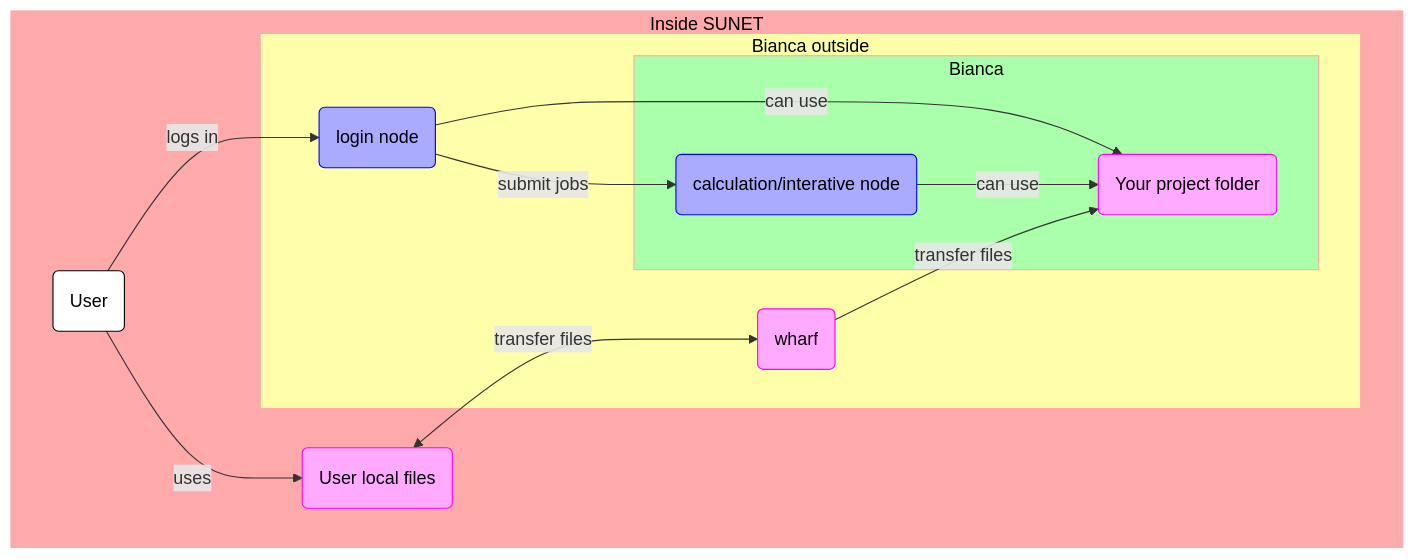
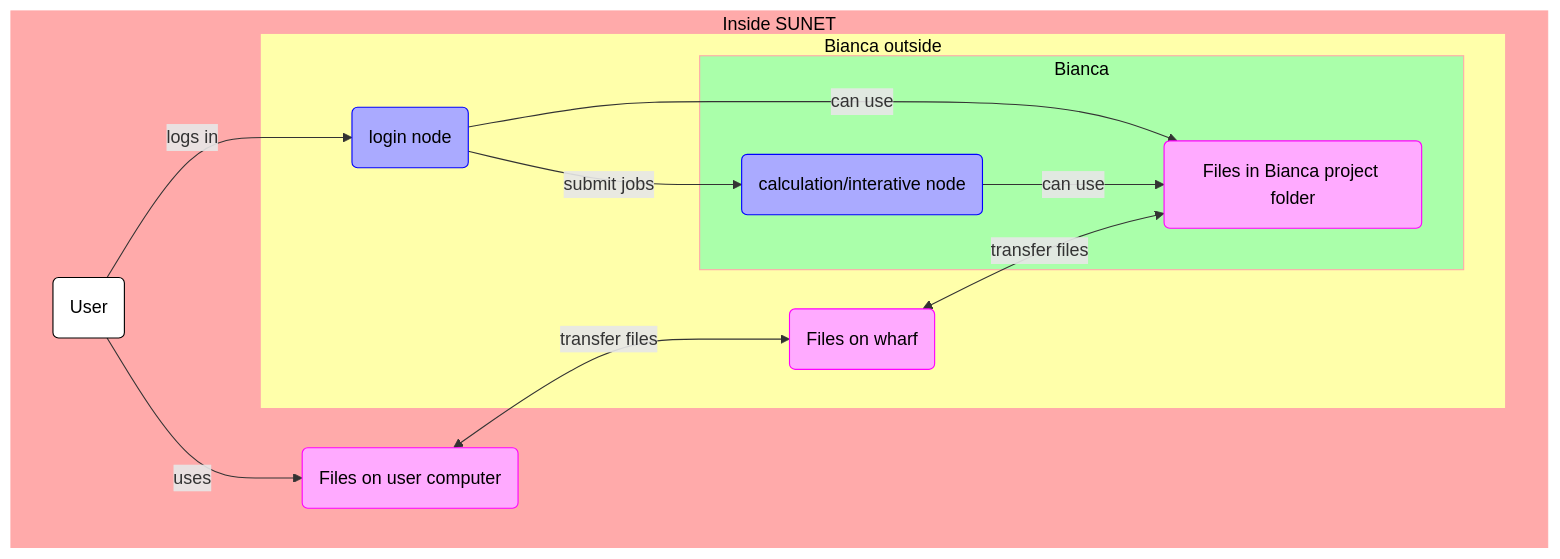
Before and after one commit to UPPMAX/bianca_workshop: the first of 2 diagrams in docs/file_transfer_using_gui.md, drawn with Mermaid. The commit also changed other lines of this file, not shown here.

Commit message:
Improved graph

````diff
--- a/docs/file_transfer_using_gui.md
+++ b/docs/file_transfer_using_gui.md
@@ -29,34 +29,34 @@
 ```mermaid
 flowchart TD
 
     %% Give a white background to all nodes, instead of a transparent one
     classDef node fill:#fff,color:#000,stroke:#000
 
     %% Graph nodes for files and calculations
     classDef file_node fill:#faf,color:#000,stroke:#f0f
     classDef calculation_node fill:#aaf,color:#000,stroke:#00f
 
     subgraph sunet[Inside SUNET]
       subgraph bianca_outside[Bianca outside]
         login_node(login node):::calculation_node
-        wharf(wharf):::file_node
+        files_on_wharf(Files on wharf):::file_node
         subgraph bianca_inside[Bianca]
           calculation_node(calculation/interative node):::calculation_node
-          your_project_folder(Your project folder):::file_node
+          files_in_bianca_project(Files in Bianca project folder):::file_node
         end
       end
       user(User)
-      user_local_files(User local files):::file_node
+      user_local_files(Files on user computer):::file_node
     end
     style bianca_inside fill:#afa,color:#000,stroke:#faa
     style bianca_outside fill:#ffa,color:#000,stroke:#faa
     style sunet fill:#faa,color:#000,stroke:#faa
 
     user --> |logs in |login_node
     user --> |uses| user_local_files
-    user_local_files <--> |transfer files|wharf
+    user_local_files <--> |transfer files|files_on_wharf
     login_node --> |submit jobs|calculation_node
-    login_node --> |can use|your_project_folder
-    calculation_node --> |can use|your_project_folder
-    wharf --> |transfer files| your_project_folder
+    login_node --> |can use|files_in_bianca_project
+    calculation_node --> |can use|files_in_bianca_project
+    files_on_wharf <--> |transfer files| files_in_bianca_project
 ```
````
